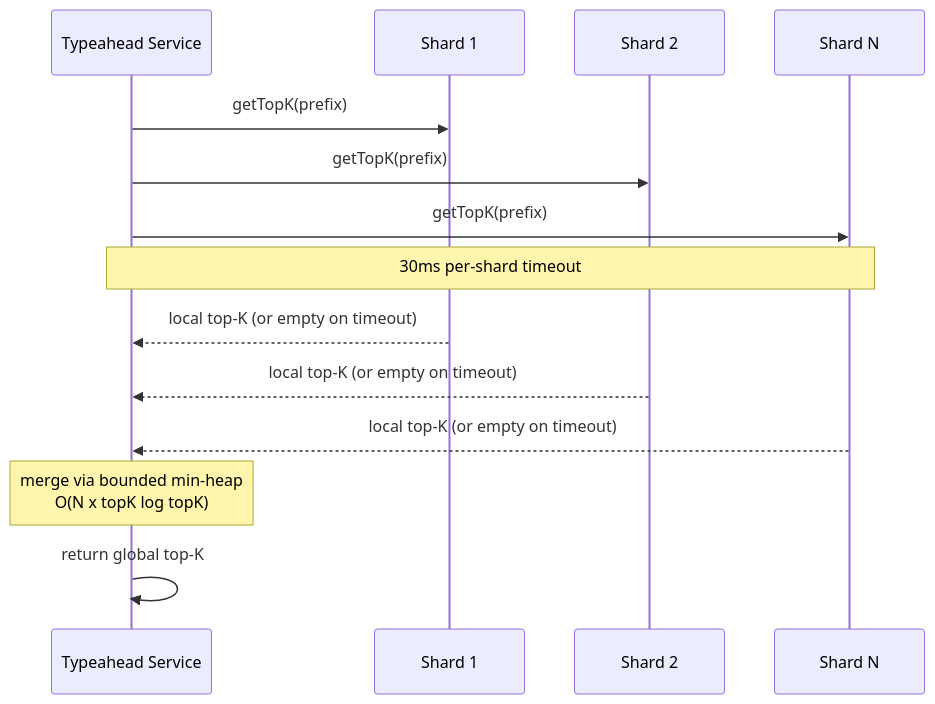
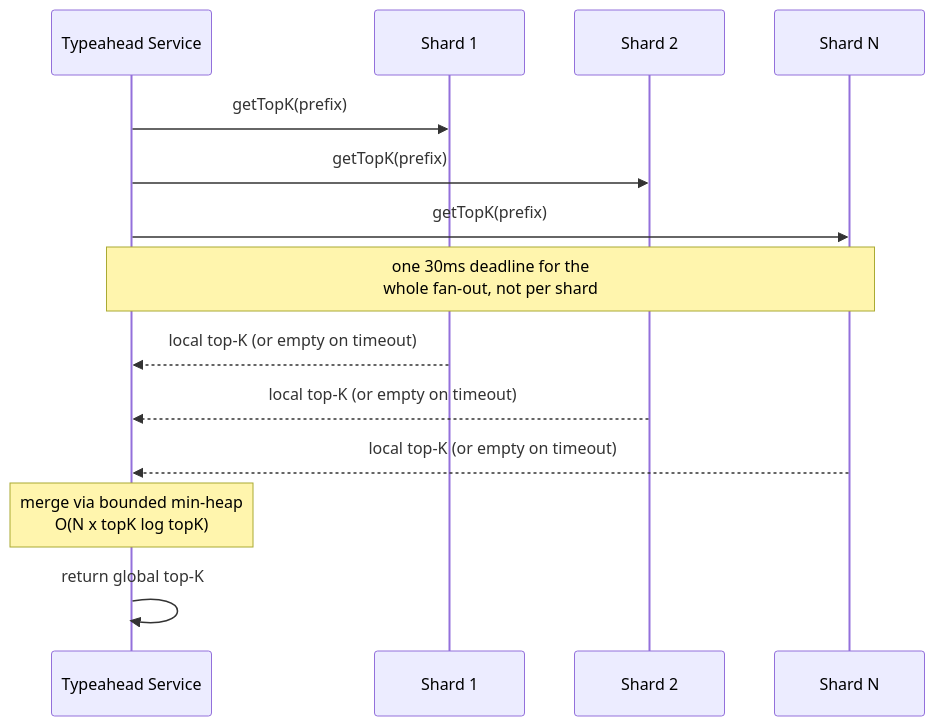
The fourth of 6 diagrams in src/main/java/com/rutik/systemdesign/hld/case_studies/design_search_autocomplete.md (rppol/system-design), drawn with Mermaid before and after one commit. The commit also changed other lines of this file and 4 other files, not shown here.

````diff
--- a/src/main/java/com/rutik/systemdesign/hld/case_studies/design_search_autocomplete.md
+++ b/src/main/java/com/rutik/systemdesign/hld/case_studies/design_search_autocomplete.md
@@ -548,17 +568,17 @@
 ```mermaid
 sequenceDiagram
     participant TS as Typeahead Service
     participant S1 as Shard 1
     participant S2 as Shard 2
     participant SN as Shard N
 
     TS->>S1: getTopK(prefix)
     TS->>S2: getTopK(prefix)
     TS->>SN: getTopK(prefix)
-    Note over TS,SN: 30ms per-shard timeout
+    Note over TS,SN: one 30ms deadline for the<br/>whole fan-out, not per shard
     S1-->>TS: local top-K (or empty on timeout)
     S2-->>TS: local top-K (or empty on timeout)
     SN-->>TS: local top-K (or empty on timeout)
     Note over TS: merge via bounded min-heap<br/>O(N x topK log topK)
     TS->>TS: return global top-K
 ```
````
